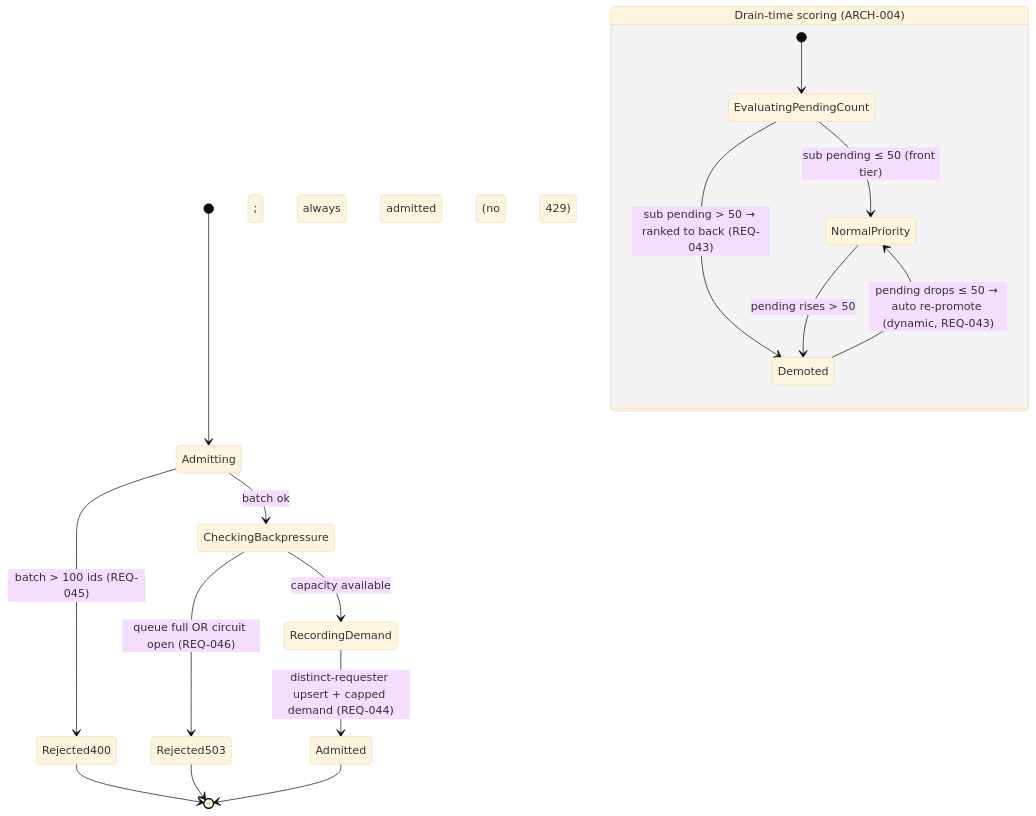
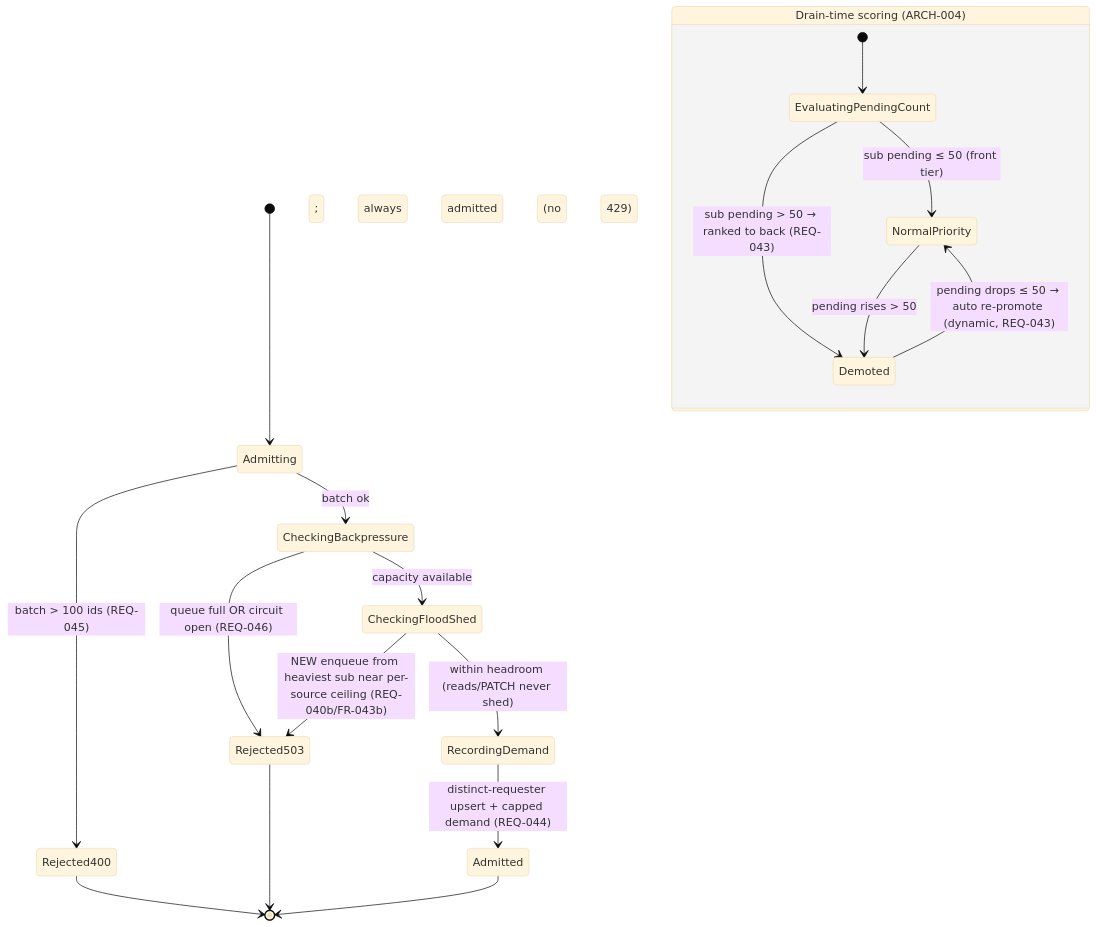
One commit to radicle-co/KitchenSink changed the seventh of 10 diagrams in specs/003-usda-food-data/v-model/module-design.md. Above: the diagram before and after it, drawn with Mermaid (base theme). The commit also changed other lines of this file and 45 other files, not shown here.

````diff
--- a/specs/003-usda-food-data/v-model/module-design.md
+++ b/specs/003-usda-food-data/v-model/module-design.md
@@ -1272,20 +1547,22 @@
 ```mermaid
 stateDiagram-v2
   [*] --> Admitting
   Admitting --> Rejected400 : batch > 100 ids (REQ-045)
   Admitting --> CheckingBackpressure : batch ok
   CheckingBackpressure --> Rejected503 : queue full OR circuit open (REQ-046)
-  CheckingBackpressure --> RecordingDemand : capacity available
+  CheckingBackpressure --> CheckingFloodShed : capacity available
+  CheckingFloodShed --> Rejected503 : NEW enqueue from heaviest sub near per-source ceiling (REQ-040b/FR-043b)
+  CheckingFloodShed --> RecordingDemand : within headroom (reads/PATCH never shed)
   RecordingDemand --> Admitted : distinct-requester upsert + capped demand (REQ-044); always admitted (no 429)
   Admitted --> [*]
   Rejected400 --> [*]
   Rejected503 --> [*]
 
   state "Drain-time scoring (ARCH-004)" as DrainScoring {
     [*] --> EvaluatingPendingCount
     EvaluatingPendingCount --> NormalPriority : sub pending ≤ 50 (front tier)
     EvaluatingPendingCount --> Demoted : sub pending > 50 → ranked to back (REQ-043)
     Demoted --> NormalPriority : pending drops ≤ 50 → auto re-promote (dynamic, REQ-043)
     NormalPriority --> Demoted : pending rises > 50
   }
 ```
````
